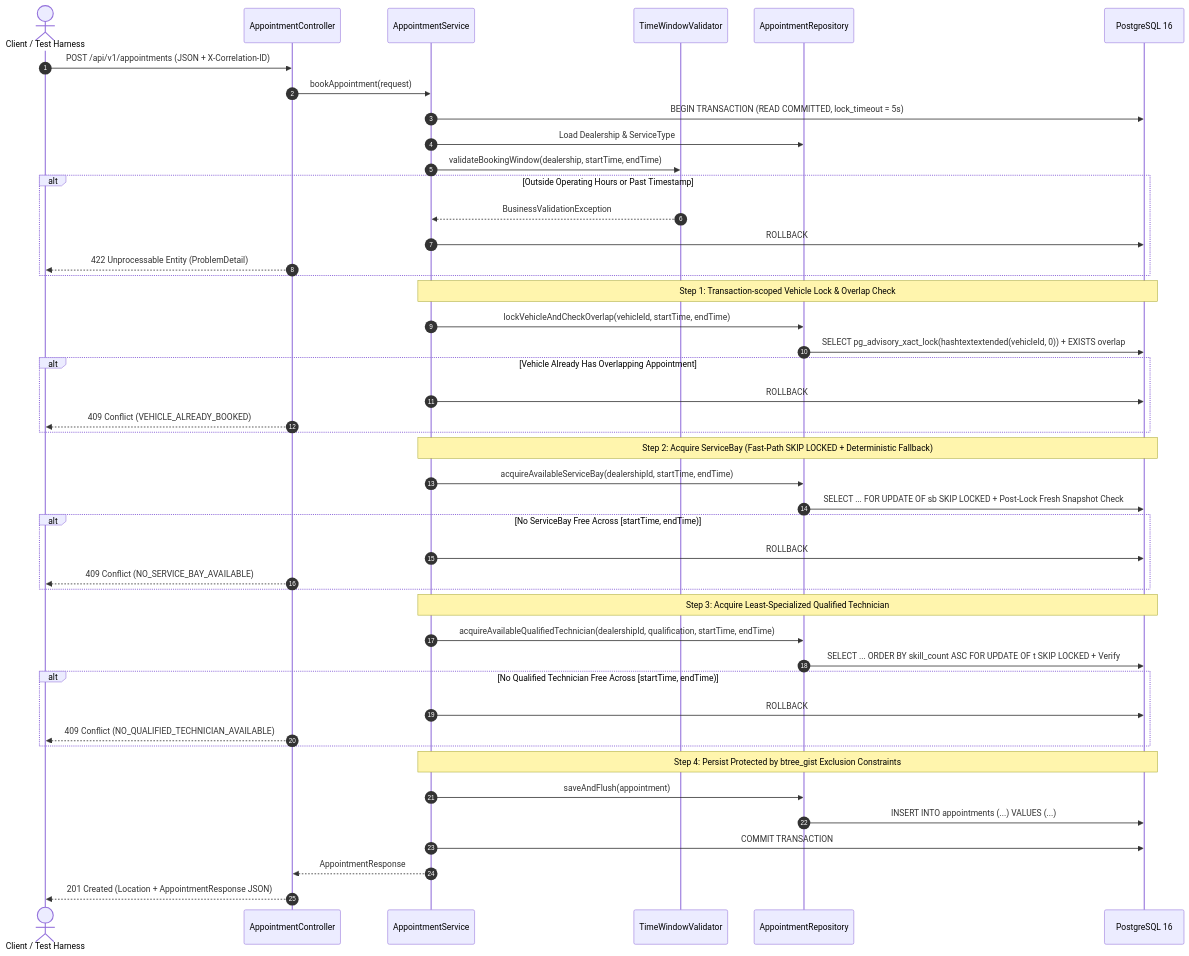
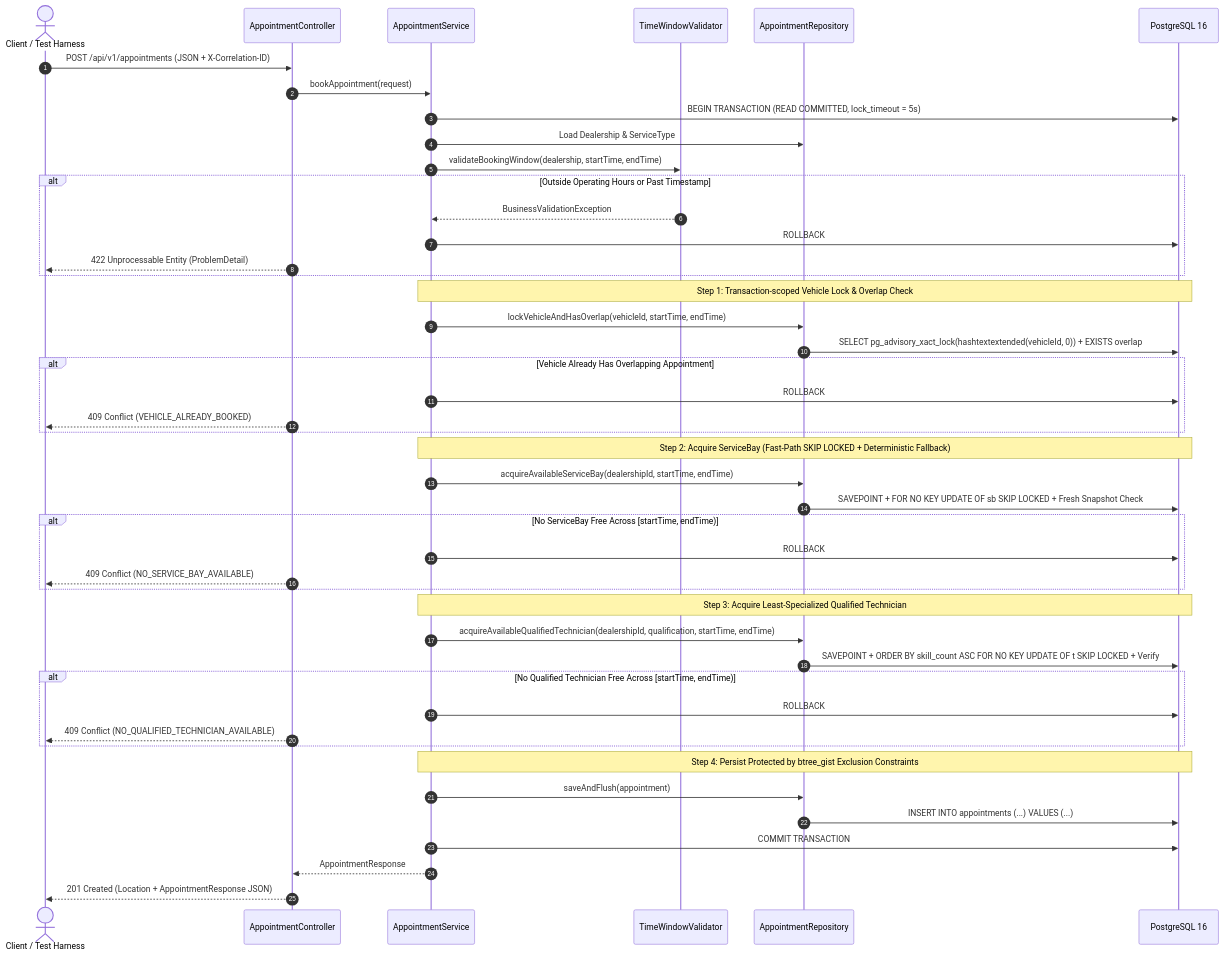
Before and after one commit to tuoitho/unified-service-scheduler: the third of 3 diagrams in docs/SYSTEM_DESIGN.md, drawn with Mermaid. The commit also changed other lines of this file and 20 other files, not shown here.

Commit message:
refactor: harden fast-path savepoint locking, metric cardinality bounds, OpenAPI error schemas, and bash demo parity

````diff
--- a/docs/SYSTEM_DESIGN.md
+++ b/docs/SYSTEM_DESIGN.md
@@ -143,53 +143,53 @@
 ```mermaid
 sequenceDiagram
     autonumber
     actor Client as Client / Test Harness
     participant API as AppointmentController
     participant Svc as AppointmentService
     participant Val as TimeWindowValidator
     participant Repo as AppointmentRepository
     participant DB as PostgreSQL 16
 
     Client->>API: POST /api/v1/appointments (JSON + X-Correlation-ID)
     API->>Svc: bookAppointment(request)
     Svc->>DB: BEGIN TRANSACTION (READ COMMITTED, lock_timeout = 5s)
     Svc->>Repo: Load Dealership & ServiceType
     Svc->>Val: validateBookingWindow(dealership, startTime, endTime)
     
     alt Outside Operating Hours or Past Timestamp
         Val-->>Svc: BusinessValidationException
         Svc->>DB: ROLLBACK
         API-->>Client: 422 Unprocessable Entity (ProblemDetail)
     end
 
     Note over Svc,DB: Step 1: Transaction-scoped Vehicle Lock & Overlap Check
-    Svc->>Repo: lockVehicleAndCheckOverlap(vehicleId, startTime, endTime)
+    Svc->>Repo: lockVehicleAndHasOverlap(vehicleId, startTime, endTime)
     Repo->>DB: SELECT pg_advisory_xact_lock(hashtextextended(vehicleId, 0)) + EXISTS overlap
     alt Vehicle Already Has Overlapping Appointment
         Svc->>DB: ROLLBACK
         API-->>Client: 409 Conflict (VEHICLE_ALREADY_BOOKED)
     end
 
     Note over Svc,DB: Step 2: Acquire ServiceBay (Fast-Path SKIP LOCKED + Deterministic Fallback)
     Svc->>Repo: acquireAvailableServiceBay(dealershipId, startTime, endTime)
-    Repo->>DB: SELECT ... FOR UPDATE OF sb SKIP LOCKED + Post-Lock Fresh Snapshot Check
+    Repo->>DB: SAVEPOINT + FOR NO KEY UPDATE OF sb SKIP LOCKED + Fresh Snapshot Check
     alt No ServiceBay Free Across [startTime, endTime)
         Svc->>DB: ROLLBACK
         API-->>Client: 409 Conflict (NO_SERVICE_BAY_AVAILABLE)
     end
 
     Note over Svc,DB: Step 3: Acquire Least-Specialized Qualified Technician
     Svc->>Repo: acquireAvailableQualifiedTechnician(dealershipId, qualification, startTime, endTime)
-    Repo->>DB: SELECT ... ORDER BY skill_count ASC FOR UPDATE OF t SKIP LOCKED + Verify
+    Repo->>DB: SAVEPOINT + ORDER BY skill_count ASC FOR NO KEY UPDATE OF t SKIP LOCKED + Verify
     alt No Qualified Technician Free Across [startTime, endTime)
         Svc->>DB: ROLLBACK
         API-->>Client: 409 Conflict (NO_QUALIFIED_TECHNICIAN_AVAILABLE)
     end
 
     Note over Svc,DB: Step 4: Persist Protected by btree_gist Exclusion Constraints
     Svc->>Repo: saveAndFlush(appointment)
     Repo->>DB: INSERT INTO appointments (...) VALUES (...)
     Svc->>DB: COMMIT TRANSACTION
     Svc-->>API: AppointmentResponse
     API-->>Client: 201 Created (Location + AppointmentResponse JSON)
 ```
````
